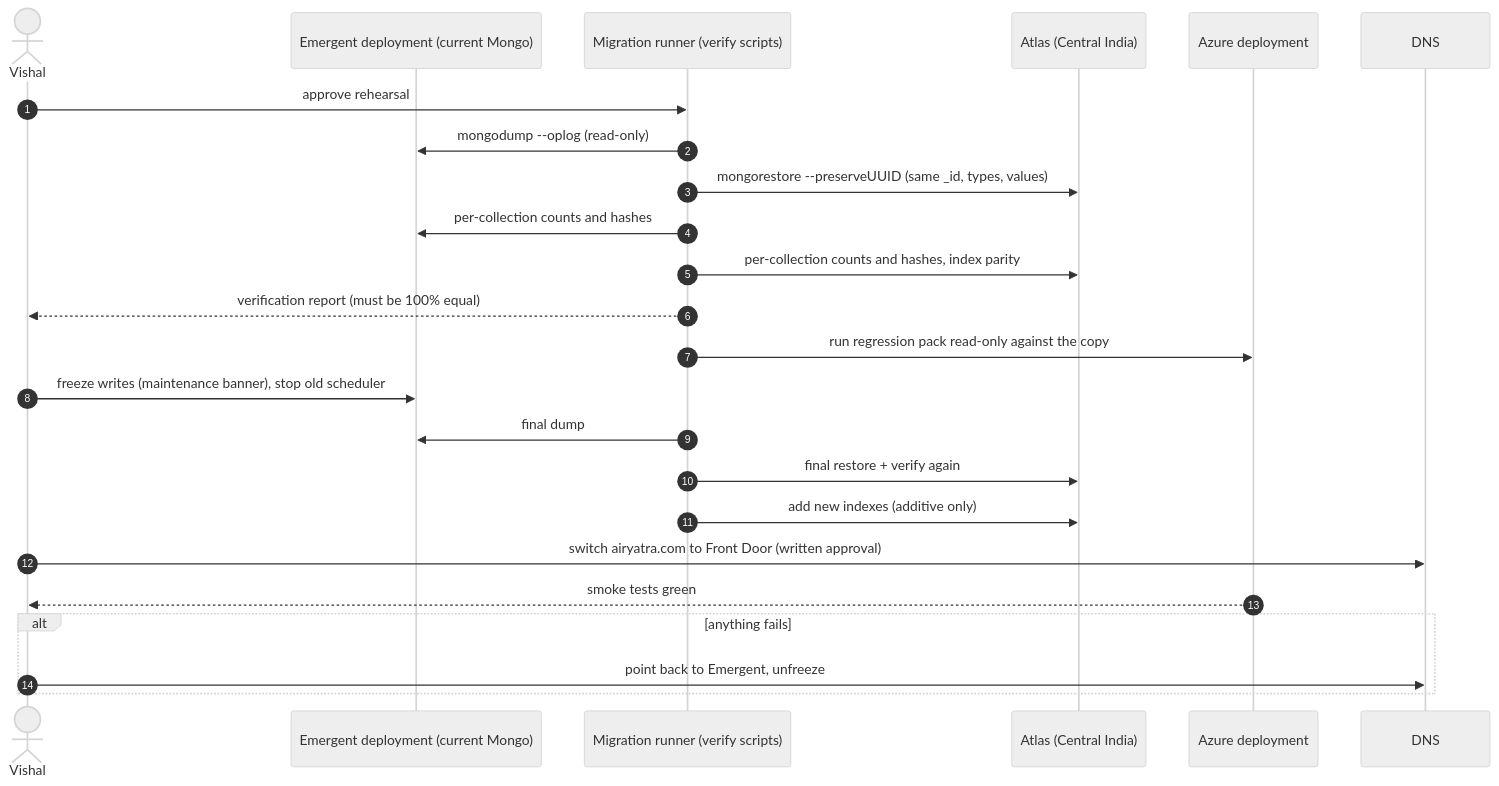
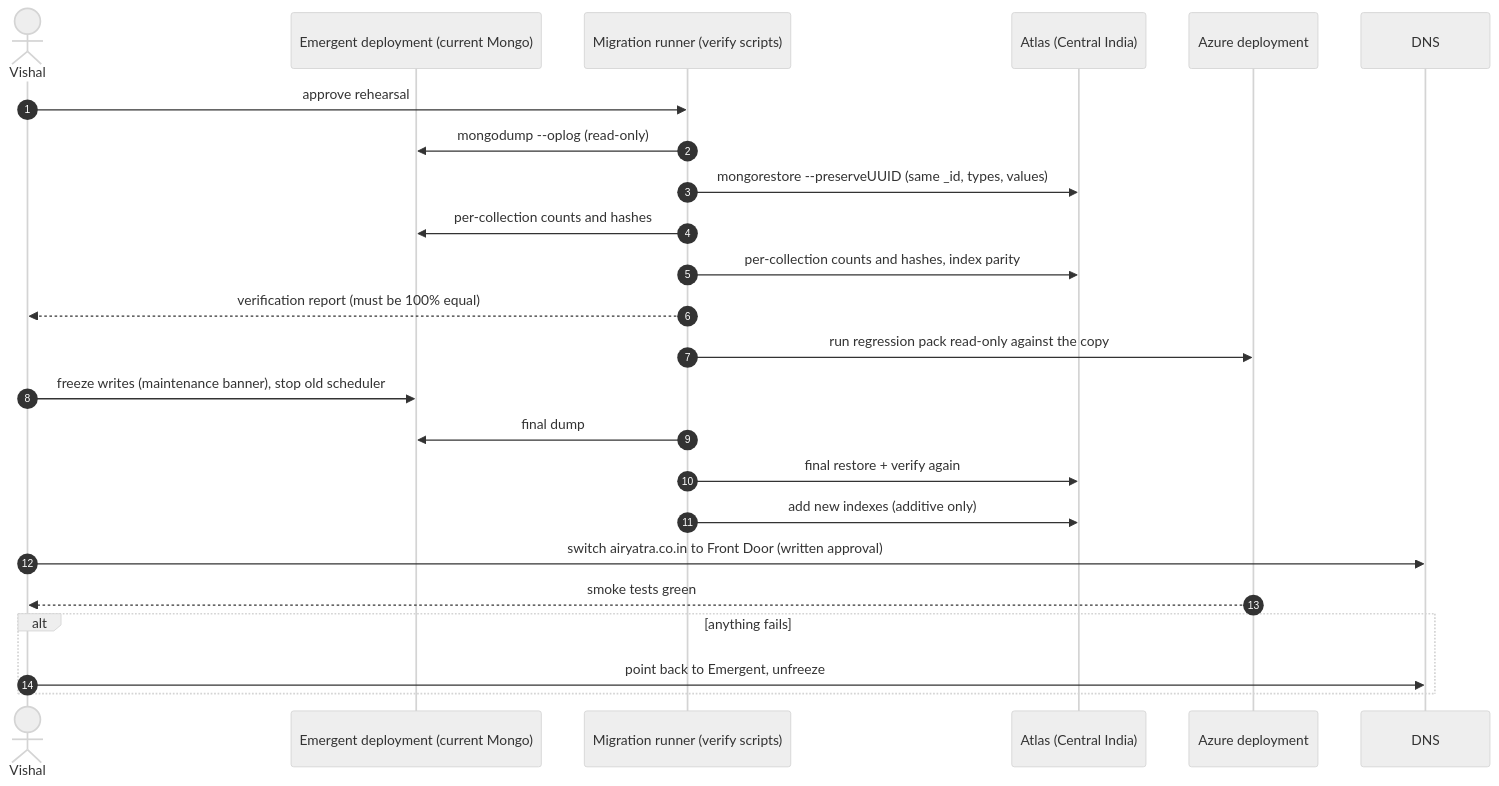
One commit to vishal29bhp/AirYatra changed the seventh of 8 diagrams in docs/architecture/02-sequence-diagrams-high-level.md. Above: the diagram before and after it, drawn with Mermaid (neutral theme). The commit also changed other lines of this file and 9 other files, not shown here.

````diff
--- a/docs/architecture/02-sequence-diagrams-high-level.md
+++ b/docs/architecture/02-sequence-diagrams-high-level.md
@@ -240,27 +240,27 @@
 ```mermaid
 sequenceDiagram
     autonumber
     actor V as Vishal
     participant OLD as Emergent deployment (current Mongo)
     participant TOOL as Migration runner (verify scripts)
     participant ATL as Atlas (Central India)
     participant NEW as Azure deployment
     participant DNS as DNS
 
     V->>TOOL: approve rehearsal
     TOOL->>OLD: mongodump --oplog (read-only)
     TOOL->>ATL: mongorestore --preserveUUID (same _id, types, values)
     TOOL->>OLD: per-collection counts and hashes
     TOOL->>ATL: per-collection counts and hashes, index parity
     TOOL-->>V: verification report (must be 100% equal)
     TOOL->>NEW: run regression pack read-only against the copy
     V->>OLD: freeze writes (maintenance banner), stop old scheduler
     TOOL->>OLD: final dump
     TOOL->>ATL: final restore + verify again
     TOOL->>ATL: add new indexes (additive only)
-    V->>DNS: switch airyatra.com to Front Door (written approval)
+    V->>DNS: switch airyatra.co.in to Front Door (written approval)
     NEW-->>V: smoke tests green
     alt anything fails
         V->>DNS: point back to Emergent, unfreeze
     end
 ```
````
